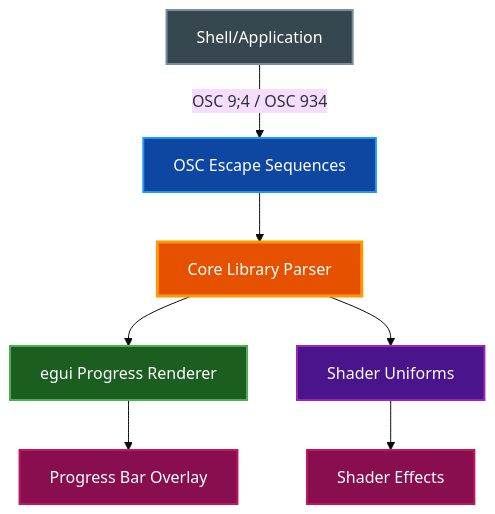
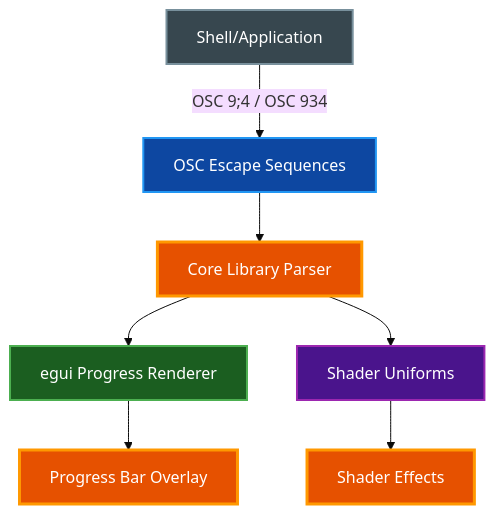
One commit to paulrobello/par-term changed the diagram in docs/features/PROGRESS_BARS.md. Above: the diagram before and after it, drawn with Mermaid (base theme). The commit also changed other lines of this file and 40 other files, not shown here.

First line of the commit message:
docs: sync docs/ to implementation; fix CLAUDE.md dep graph

````diff
--- a/docs/features/PROGRESS_BARS.md
+++ b/docs/features/PROGRESS_BARS.md
@@ -19,24 +19,29 @@
 ```mermaid
 graph TD
     Shell[Shell/Application]
     OSC[OSC Escape Sequences]
     Core[Core Library Parser]
     Render[egui Progress Renderer]
     Shader[Shader Uniforms]
 
     Shell -->|OSC 9;4 / OSC 934| OSC
     OSC --> Core
     Core --> Render
     Core --> Shader
 
     Render --> Bar[Progress Bar Overlay]
     Shader --> Effects[Shader Effects]
 
-    style Shell fill:#37474f,stroke:#78909c,stroke-width:2px,color:#ffffff
-    style OSC fill:#0d47a1,stroke:#2196f3,stroke-width:2px,color:#ffffff
-    style Core fill:#e65100,stroke:#ff9800,stroke-width:3px,color:#ffffff
-    style Render fill:#1b5e20,stroke:#4caf50,stroke-width:2px,color:#ffffff
-    style Shader fill:#4a148c,stroke:#9c27b0,stroke-width:2px,color:#ffffff
-    style Bar fill:#880e4f,stroke:#c2185b,stroke-width:2px,color:#ffffff
-    style Effects fill:#880e4f,stroke:#c2185b,stroke-width:2px,color:#ffffff
+    class Shell neutral
+    class OSC data
+    class Core primary
+    class Render active
+    class Shader external
+    class Bar,Effects primary
+
+    classDef primary fill:#e65100,stroke:#ff9800,stroke-width:3px,color:#ffffff
+    classDef active fill:#1b5e20,stroke:#4caf50,stroke-width:2px,color:#ffffff
+    classDef data fill:#0d47a1,stroke:#2196f3,stroke-width:2px,color:#ffffff
+    classDef external fill:#4a148c,stroke:#9c27b0,stroke-width:2px,color:#ffffff
+    classDef neutral fill:#37474f,stroke:#78909c,stroke-width:2px,color:#ffffff
 ```
````
